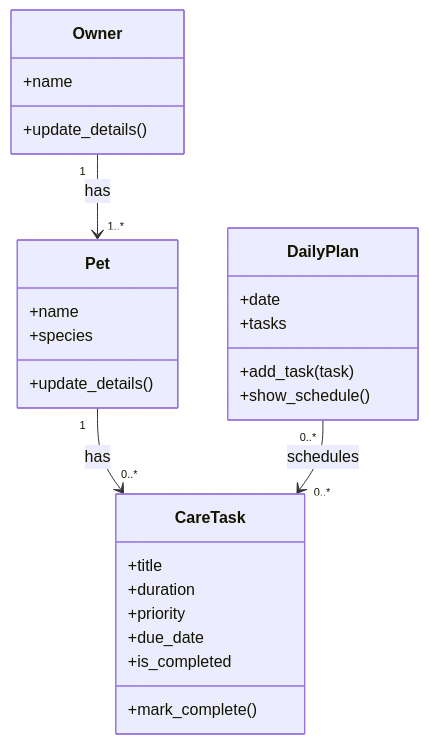
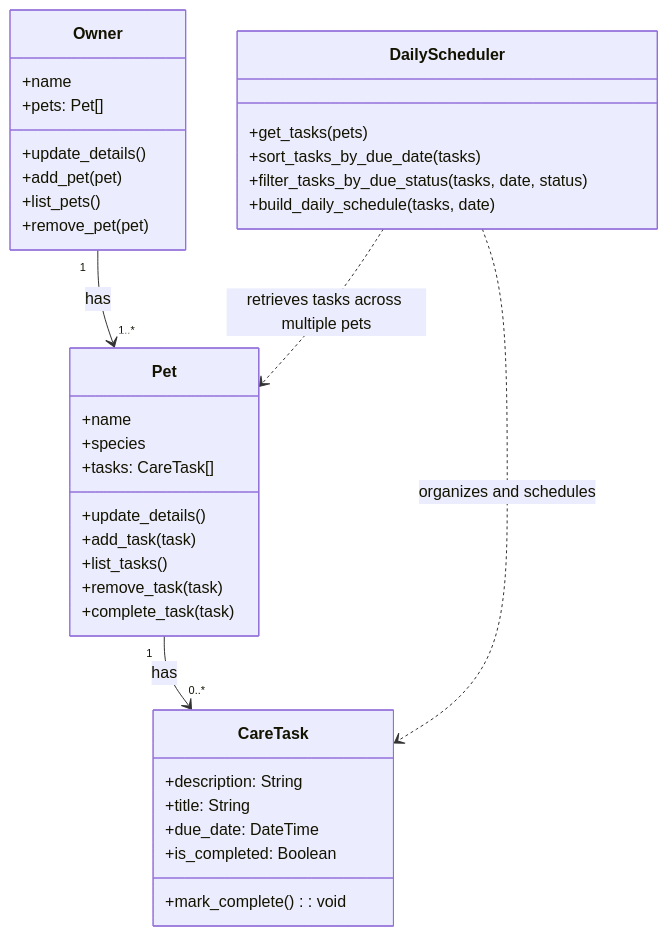
Before and after one commit to KimlyTor/ai110-module2show-pawpal-starter: the diagram in diagrams/pawpal_uml.mmd, drawn with Mermaid. The commit also changed 3 other files, not shown here.

First line of the commit message:
Implement PawPal UML and scheduling model

```diff
--- a/diagrams/pawpal_uml.mmd
+++ b/diagrams/pawpal_uml.mmd
@@ -1,31 +1,40 @@
 classDiagram
     class Owner {
         +name
         +update_details()
+        +pets: Pet[]
+        +add_pet(pet)
+        +list_pets()
+        +remove_pet(pet)
     }
 
     class Pet {
         +name
         +species
         +update_details()
+        +tasks: CareTask[]
+        +add_task(task)
+        +list_tasks()
+        +remove_task(task)
+        +complete_task(task)
     }
 
     class CareTask {
-        +title
-        +duration
-        +priority
-        +due_date
-        +is_completed
-        +mark_complete()
+        +description: String
+        +title: String
+        +due_date: DateTime
+        +is_completed: Boolean
+        +mark_complete(): void
     }
 
-    class DailyPlan {
-        +date
-        +tasks
-        +add_task(task)
-        +show_schedule()
+    class DailyScheduler {
+        +get_tasks(pets)
+        +sort_tasks_by_due_date(tasks)
+        +filter_tasks_by_due_status(tasks, date, status)
+        +build_daily_schedule(tasks, date)
     }
 
     Owner "1" --> "1..*" Pet : has
     Pet "1" --> "0..*" CareTask : has
-    DailyPlan "0..*" --> "0..*" CareTask : schedules
+    DailyScheduler ..> Pet : retrieves tasks across multiple pets
+    DailyScheduler ..> CareTask : organizes and schedules
```
